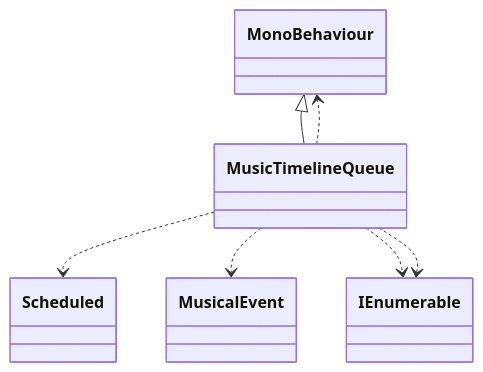
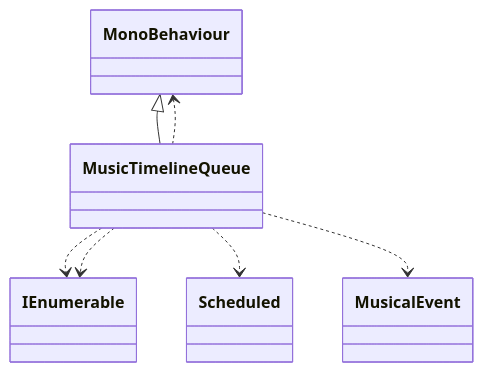
Before and after one commit to schnock-art/project_inspector: the tenth of 31 diagrams in test/test.md, drawn with Mermaid. The commit also changed other lines of this file and 2 other files, not shown here.

Commit message:
Fixed empyt mermaid diagrams

````diff
--- a/test/test.md
+++ b/test/test.md
@@ -298,9 +297,9 @@
 ```mermaid
 classDiagram
 MonoBehaviour <|-- MusicTimelineQueue
+MusicTimelineQueue ..> IEnumerable
 MusicTimelineQueue ..> Scheduled
+MusicTimelineQueue ..> IEnumerable
+MusicTimelineQueue ..> MonoBehaviour
 MusicTimelineQueue ..> MusicalEvent
-MusicTimelineQueue ..> MonoBehaviour
-MusicTimelineQueue ..> IEnumerable
-MusicTimelineQueue ..> IEnumerable
 ```
````
